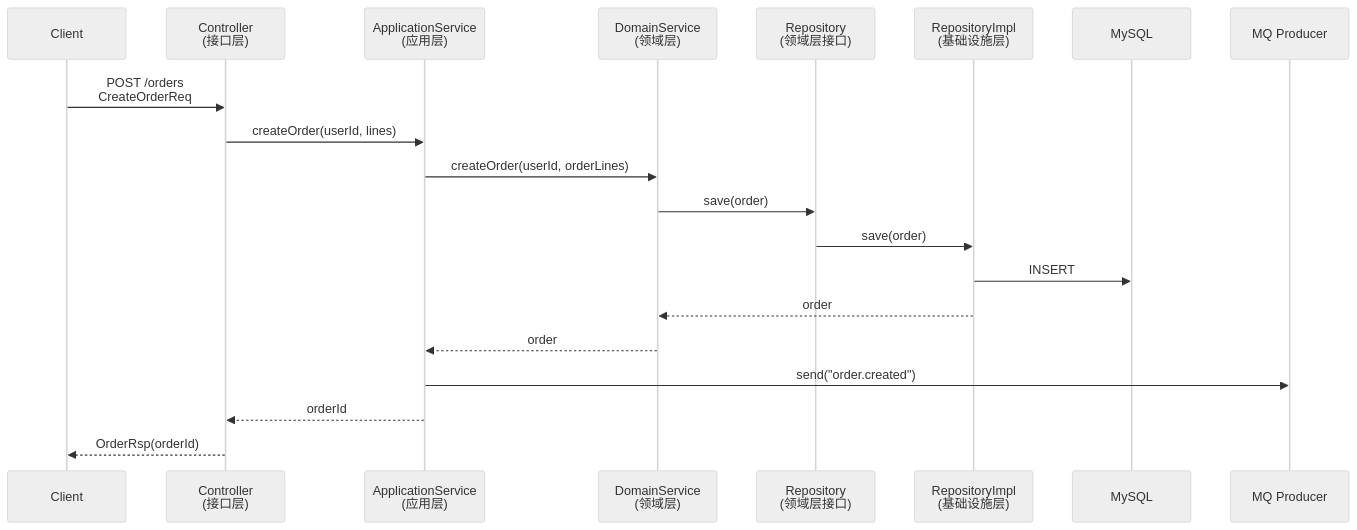
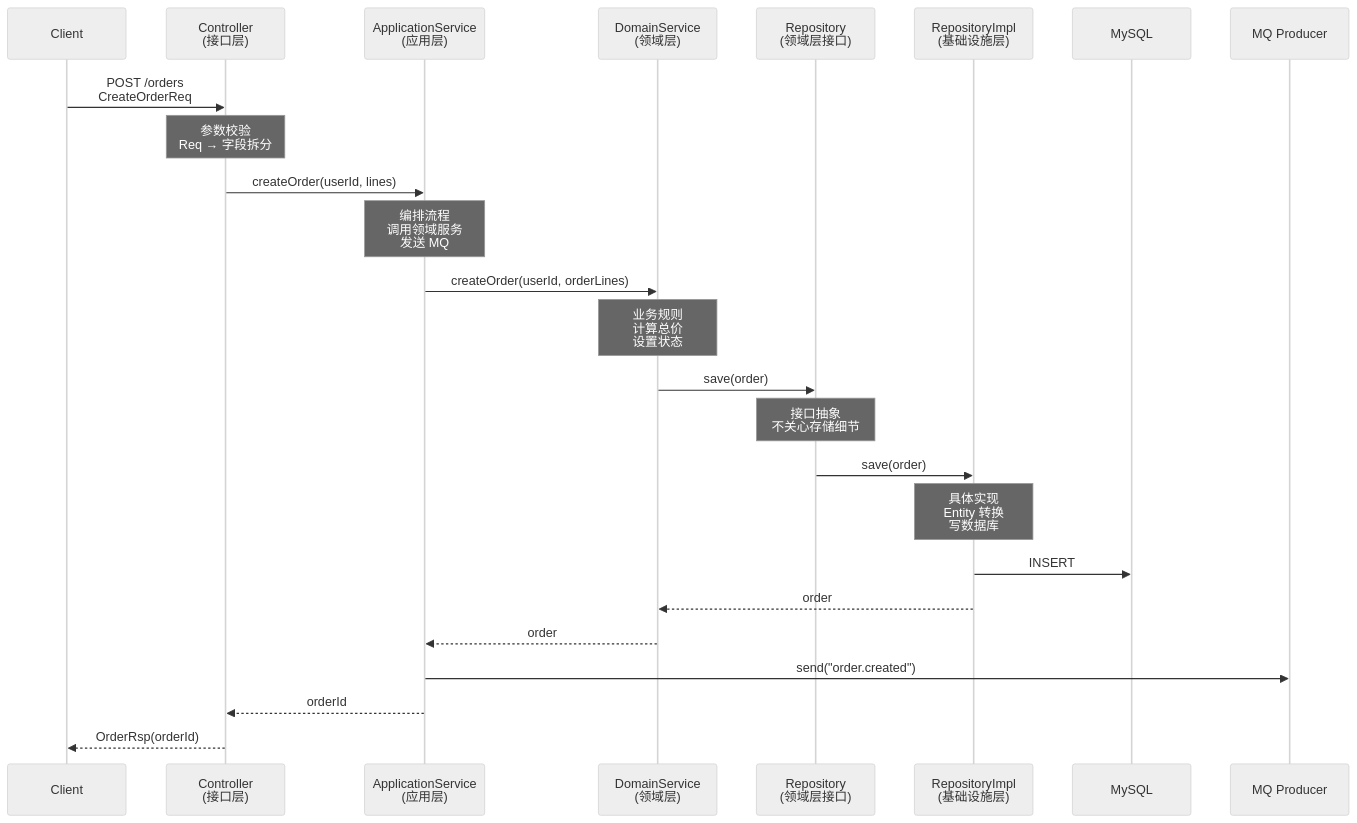
One commit to Emtemf/oh-help-me changed the second of 11 diagrams in docs/clean-architecture-guide.md. Above: the diagram before and after it, drawn with Mermaid (neutral theme). The commit also changed other lines of this file, not shown here.

````diff
--- a/docs/clean-architecture-guide.md
+++ b/docs/clean-architecture-guide.md
@@ -371,23 +318,28 @@
 ```mermaid
 sequenceDiagram
     participant Client
     participant Controller as Controller<br/>(接口层)
     participant AppService as ApplicationService<br/>(应用层)
     participant DomainService as DomainService<br/>(领域层)
     participant Repo as Repository<br/>(领域层接口)
     participant RepoImpl as RepositoryImpl<br/>(基础设施层)
     participant DB as MySQL
     participant MQ as MQ Producer
 
     Client->>Controller: POST /orders<br/>CreateOrderReq
+    Note over Controller: 参数校验<br/>Req → 字段拆分
     Controller->>AppService: createOrder(userId, lines)
+    Note over AppService: 编排流程<br/>调用领域服务<br/>发送 MQ
     AppService->>DomainService: createOrder(userId, orderLines)
+    Note over DomainService: 业务规则<br/>计算总价<br/>设置状态
     DomainService->>Repo: save(order)
+    Note over Repo: 接口抽象<br/>不关心存储细节
     Repo->>RepoImpl: save(order)
+    Note over RepoImpl: 具体实现<br/>Entity 转换<br/>写数据库
     RepoImpl->>DB: INSERT
     RepoImpl-->>DomainService: order
     DomainService-->>AppService: order
     AppService->>MQ: send("order.created")
     AppService-->>Controller: orderId
     Controller-->>Client: OrderRsp(orderId)
 ```
````
